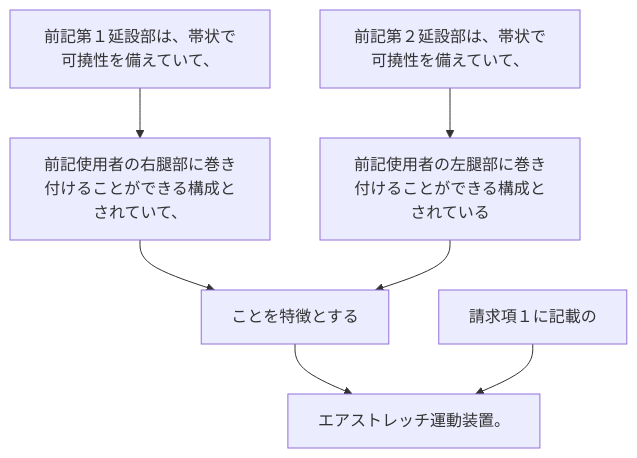
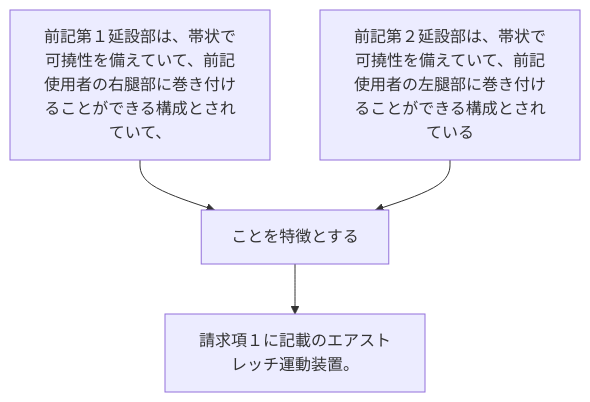
The diagram in 2024/JP2024021337A/claim_2/README.md (shinmori55/patent_analyzed), drawn with Mermaid before and after one commit. The commit also changed 336 other files, not shown here.

````diff
--- a/2024/JP2024021337A/claim_2/README.md
+++ b/2024/JP2024021337A/claim_2/README.md
@@ -4,16 +4,10 @@
 ```mermaid
 flowchart TD
-A[前記第１延設部は、帯状で可撓性を備えていて、]
-B[前記使用者の右腿部に巻き付けることができる構成とされていて、]
-C[前記第２延設部は、帯状で可撓性を備えていて、]
-D[前記使用者の左腿部に巻き付けることができる構成とされている]
-E[ことを特徴とする]
-F[請求項１に記載の]
-G[エアストレッチ運動装置。]
-A --> B
-B --> E
+A[前記第１延設部は、帯状で可撓性を備えていて、前記使用者の右腿部に巻き付けることができる構成とされていて、]
+B[前記第２延設部は、帯状で可撓性を備えていて、前記使用者の左腿部に巻き付けることができる構成とされている]
+C[ことを特徴とする]
+D[請求項１に記載のエアストレッチ運動装置。]
+A --> C
+B --> C
 C --> D
-D --> E
-E --> G
-F --> G
 ```
````
